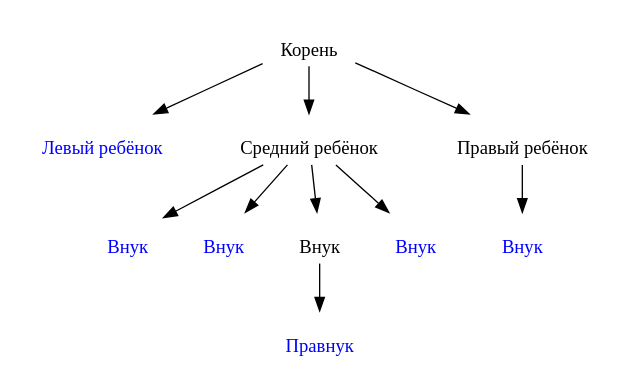
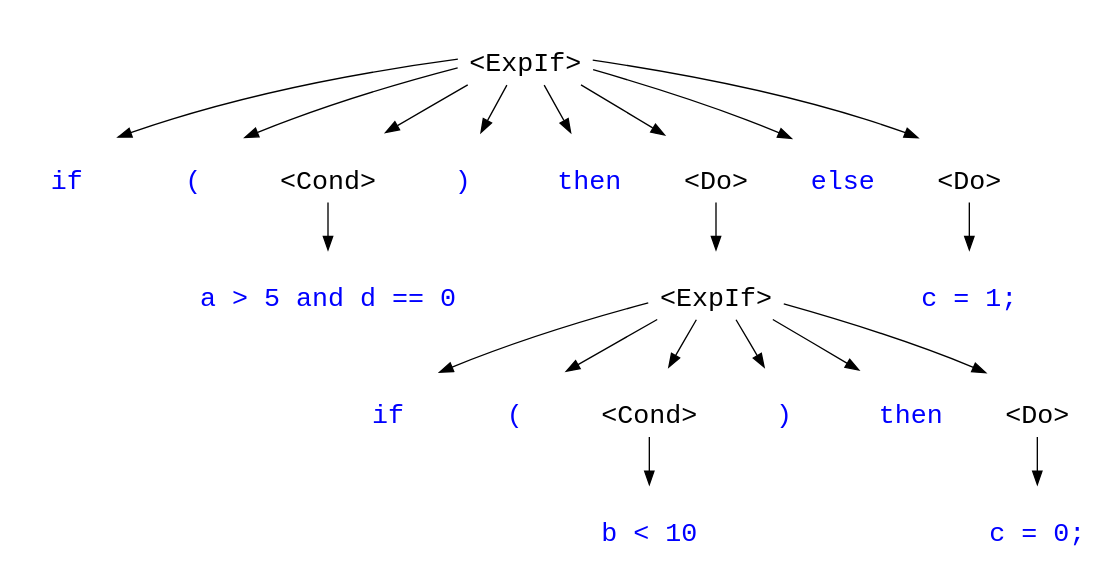
Before and after one commit to kolychestiy/draw_tree: the diagram in tree.dot, drawn with Graphviz. The commit also changed 38 other files, not shown here.

```diff
--- a/tree.dot
+++ b/tree.dot
@@ -1,49 +1,99 @@
 digraph tree {
-    "      
-Корень" [fontcolor=black; shape=none];
-    "      
-Левый ребёнок" [fontcolor=blue; shape=none];
-    "      
-Средний ребёнок" [fontcolor=black; shape=none];
-    "      
-Внук" [fontcolor=blue; shape=none];
-    "      
-Внук" [fontcolor=blue; shape=none];
-    "      
-Внук" [fontcolor=black; shape=none];
-    "      
-Правнук" [fontcolor=blue; shape=none];
-    "      
-Внук" [fontcolor=blue; shape=none];
-    "      
-Правый ребёнок" [fontcolor=black; shape=none];
-    "      
-Внук" [fontcolor=blue; shape=none];
-    "      
-Корень" -> "      
-Левый ребёнок";
-    "      
-Корень" -> "      
-Средний ребёнок";
-    "      
-Корень" -> "      
-Правый ребёнок";
-    "      
-Средний ребёнок" -> "      
-Внук";
-    "      
-Средний ребёнок" -> "      
-Внук";
-    "      
-Средний ребёнок" -> "      
-Внук";
-    "      
-Средний ребёнок" -> "      
-Внук";
-    "      
-Внук" -> "      
-Правнук";
-    "      
-Правый ребёнок" -> "      
-Внук";
+    "     
+<ExpIf>" [fontcolor=black; shape=none; fontsize=20; fontname=Monospace];
+    "     
+if" [fontcolor=blue; shape=none; fontsize=20; fontname=Monospace];
+    "     
+(" [fontcolor=blue; shape=none; fontsize=20; fontname=Monospace];
+    "     
+<Cond>" [fontcolor=black; shape=none; fontsize=20; fontname=Monospace];
+    "     
+a > 5 and d == 0" [fontcolor=blue; shape=none; fontsize=20; fontname=Monospace];
+    "     
+)" [fontcolor=blue; shape=none; fontsize=20; fontname=Monospace];
+    "     
+then" [fontcolor=blue; shape=none; fontsize=20; fontname=Monospace];
+    "     
+<Do>" [fontcolor=black; shape=none; fontsize=20; fontname=Monospace];
+    "     
+<ExpIf>" [fontcolor=black; shape=none; fontsize=20; fontname=Monospace];
+    "     
+if" [fontcolor=blue; shape=none; fontsize=20; fontname=Monospace];
+    "     
+(" [fontcolor=blue; shape=none; fontsize=20; fontname=Monospace];
+    "     
+<Cond>" [fontcolor=black; shape=none; fontsize=20; fontname=Monospace];
+    "     
+b < 10" [fontcolor=blue; shape=none; fontsize=20; fontname=Monospace];
+    "     
+)" [fontcolor=blue; shape=none; fontsize=20; fontname=Monospace];
+    "     
+then" [fontcolor=blue; shape=none; fontsize=20; fontname=Monospace];
+    "     
+<Do>" [fontcolor=black; shape=none; fontsize=20; fontname=Monospace];
+    "     
+c = 0;" [fontcolor=blue; shape=none; fontsize=20; fontname=Monospace];
+    "     
+else" [fontcolor=blue; shape=none; fontsize=20; fontname=Monospace];
+    "     
+<Do>" [fontcolor=black; shape=none; fontsize=20; fontname=Monospace];
+    "     
+c = 1;" [fontcolor=blue; shape=none; fontsize=20; fontname=Monospace];
+    "     
+<ExpIf>" -> "     
+if";
+    "     
+<ExpIf>" -> "     
+(";
+    "     
+<ExpIf>" -> "     
+<Cond>";
+    "     
+<ExpIf>" -> "     
+)";
+    "     
+<ExpIf>" -> "     
+then";
+    "     
+<ExpIf>" -> "     
+<Do>";
+    "     
+<ExpIf>" -> "     
+else";
+    "     
+<ExpIf>" -> "     
+<Do>";
+    "     
+<Cond>" -> "     
+a > 5 and d == 0";
+    "     
+<Do>" -> "     
+<ExpIf>";
+    "     
+<ExpIf>" -> "     
+if";
+    "     
+<ExpIf>" -> "     
+(";
+    "     
+<ExpIf>" -> "     
+<Cond>";
+    "     
+<ExpIf>" -> "     
+)";
+    "     
+<ExpIf>" -> "     
+then";
+    "     
+<ExpIf>" -> "     
+<Do>";
+    "     
+<Cond>" -> "     
+b < 10";
+    "     
+<Do>" -> "     
+c = 0;";
+    "     
+<Do>" -> "     
+c = 1;";
 }
```
